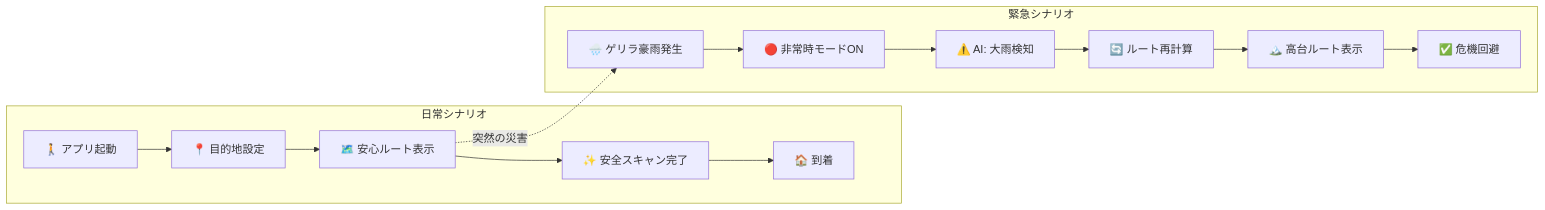
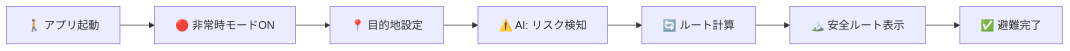
The second of 2 diagrams in Docs/確定/diagrams/02_ユーザージャーニー.md (Ryg-appdev/safe-routing-ai-navigation), drawn with Mermaid before and after one commit. The commit also changed other lines of this file and 4 other files, not shown here.

Commit message:
fix: 図のロジック修正（ユーザージャーニー、通常/非常時フロー、データフロー詳細化）

````diff
--- a/Docs/確定/diagrams/02_ユーザージャーニー.md
+++ b/Docs/確定/diagrams/02_ユーザージャーニー.md
@@ -3,19 +14,9 @@
 ```mermaid
 flowchart LR
-    subgraph 日常シナリオ
-        A1[🚶 アプリ起動] --> A2[📍 目的地設定]
-        A2 --> A3[🗺️ 安心ルート表示]
-        A3 --> A4[✨ 安全スキャン完了]
-        A4 --> A5[🏠 到着]
-    end
-
-    subgraph 緊急シナリオ
-        B1[🌧️ ゲリラ豪雨発生] --> B2[🔴 非常時モードON]
-        B2 --> B3[⚠️ AI: 大雨検知]
-        B3 --> B4[🔄 ルート再計算]
-        B4 --> B5[🏔️ 高台ルート表示]
-        B5 --> B6[✅ 危機回避]
-    end
-
-    A3 -.->|突然の災害| B1
+    A[🚶 アプリ起動] --> B[🔴 非常時モードON]
+    B --> C[📍 目的地設定]
+    C --> D[⚠️ AI: リスク検知]
+    D --> E[🔄 ルート計算]
+    E --> F[🏔️ 安全ルート表示]
+    F --> G[✅ 避難完了]
 ```
````
